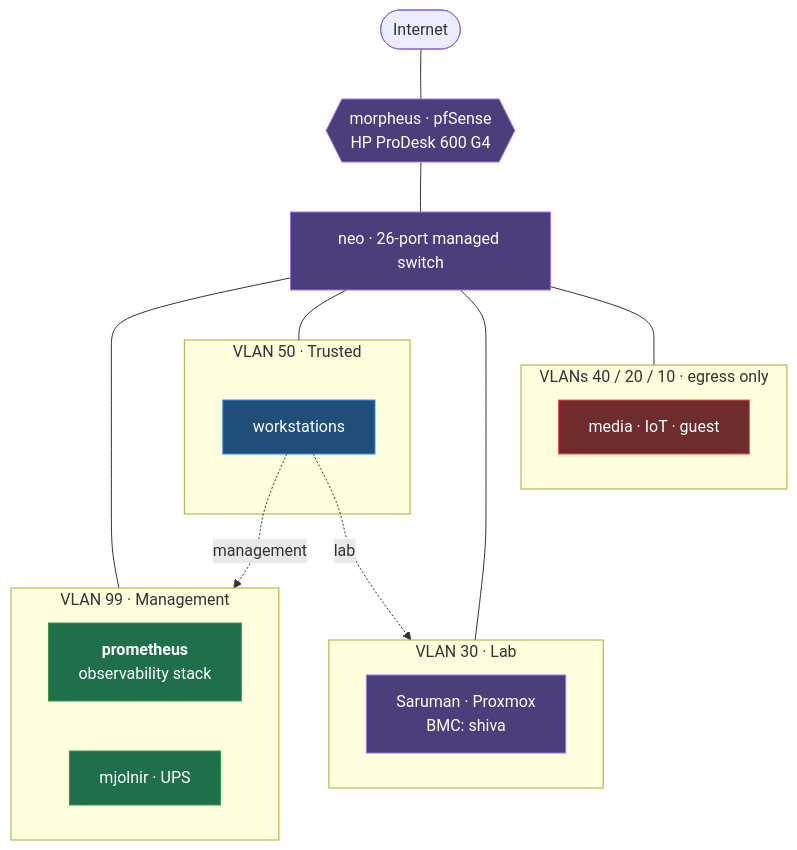
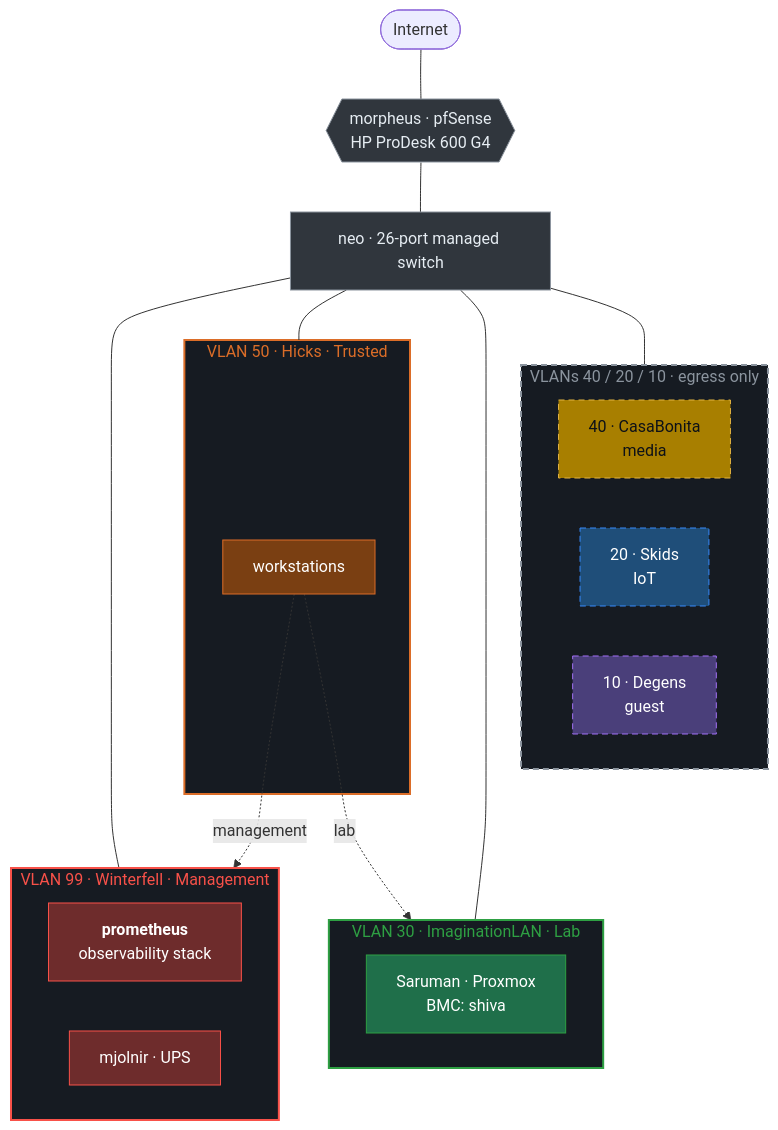
The diagram in README.md (Gerrrt/HomeLab), drawn with Mermaid before and after one commit. The commit also changed other lines of this file and 9 other files, not shown here.

First line of the commit message:
docs: colour every VLAN reference to match the rack

````diff
--- a/README.md
+++ b/README.md
@@ -67,35 +67,52 @@
 ```mermaid
 graph TB
     INET([Internet]) --- FW{{"morpheus · pfSense<br/>HP ProDesk 600 G4"}}
     FW --- SW[neo · 26-port managed switch]
 
-    subgraph V99["VLAN 99 · Management"]
+    subgraph V99["VLAN 99 · Winterfell · Management"]
         MON["<b>prometheus</b><br/>observability stack"]
         UPS["mjolnir · UPS"]
     end
-    subgraph V50["VLAN 50 · Trusted"]
+    subgraph V50["VLAN 50 · Hicks · Trusted"]
         WS["workstations"]
     end
-    subgraph V30["VLAN 30 · Lab"]
+    subgraph V30["VLAN 30 · ImaginationLAN · Lab"]
         HV["Saruman · Proxmox<br/>BMC: shiva"]
     end
     subgraph Terminal["VLANs 40 / 20 / 10 · egress only"]
-        UNTRUSTED["media · IoT · guest"]
+        TV["40 · CasaBonita<br/>media"]
+        IOT["20 · Skids<br/>IoT"]
+        GUEST["10 · Degens<br/>guest"]
     end
 
     SW --- V99
     SW --- V50
     SW --- V30
     SW --- Terminal
     WS -.->|management| V99
     WS -.->|lab| V30
 
-    classDef mgmt fill:#1f6f4a,stroke:#2ea043,color:#fff
-    classDef trusted fill:#1f4e79,stroke:#388bfd,color:#fff
-    classDef untrusted fill:#6e2c2c,stroke:#f85149,color:#fff
-    classDef infra fill:#4a3f7a,stroke:#a371f7,color:#fff
-    class MON,UPS mgmt
-    class WS trusted
-    class UNTRUSTED untrusted
-    class HV,FW,SW infra
+    %% Fill is the patch-cable colour in the rack. A dashed border means the
+    %% segment is terminal — egress only. Grey carries every VLAN, so it gets
+    %% no colour of its own. See docs/adr/0009.
+    classDef vlan99 fill:#6e2c2c,stroke:#f85149,color:#fff
+    classDef vlan50 fill:#7a3f12,stroke:#db6d28,color:#fff
+    classDef vlan30 fill:#1f6f4a,stroke:#2ea043,color:#fff
+    classDef infra  fill:#30363d,stroke:#8b949e,color:#e6edf3
+    classDef vlan40 fill:#a87f00,stroke:#e3b341,color:#0d1117,stroke-dasharray: 6 4
+    classDef vlan20 fill:#1f4e79,stroke:#388bfd,color:#fff,stroke-dasharray: 6 4
+    classDef vlan10 fill:#4a3f7a,stroke:#a371f7,color:#fff,stroke-dasharray: 6 4
+
+    class MON,UPS vlan99
+    class WS vlan50
+    class HV vlan30
+    class TV vlan40
+    class IOT vlan20
+    class GUEST vlan10
+    class FW,SW infra
+
+    style V99 fill:#161b22,stroke:#f85149,stroke-width:2px,color:#f85149
+    style V50 fill:#161b22,stroke:#db6d28,stroke-width:2px,color:#db6d28
+    style V30 fill:#161b22,stroke:#2ea043,stroke-width:2px,color:#2ea043
+    style Terminal fill:#161b22,stroke:#8b949e,stroke-width:2px,color:#8b949e,stroke-dasharray: 6 4
 ```
````
